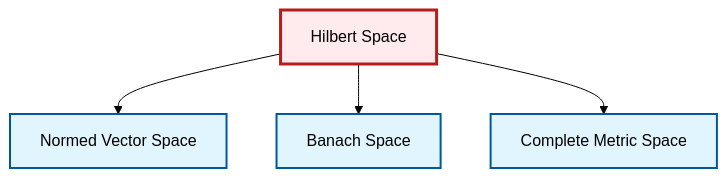
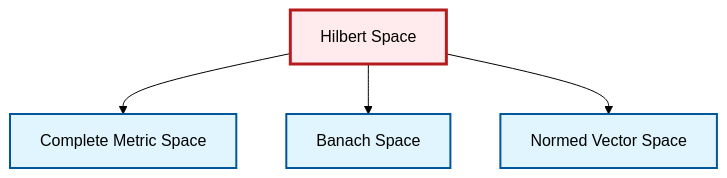
One commit to RK0429/ModernMath changed the diagram in output/mermaid/en/def-hilbert-space.mermaid. Above: the diagram before and after it, drawn with Mermaid (forest theme). The commit also changed other lines of this file and 1717 other files, not shown here.

```diff
--- a/output/mermaid/en/def-hilbert-space.mermaid
+++ b/output/mermaid/en/def-hilbert-space.mermaid
@@ -1,14 +1,14 @@
 graph TD
     classDef definition fill:#e1f5fe,stroke:#01579b,stroke-width:2px
     classDef theorem fill:#f3e5f5,stroke:#4a148c,stroke-width:2px
     classDef axiom fill:#fff3e0,stroke:#e65100,stroke-width:2px
     classDef example fill:#e8f5e9,stroke:#1b5e20,stroke-width:2px
     classDef current fill:#ffebee,stroke:#b71c1c,stroke-width:3px
+    def-normed-vector-space["Normed Vector Space"]:::definition
+    def-complete-metric-space["Complete Metric Space"]:::definition
+    def-hilbert-space["Hilbert Space"]:::definition
     def-banach-space["Banach Space"]:::definition
-    def-complete-metric-space["Complete Metric Space"]:::definition
-    def-normed-vector-space["Normed Vector Space"]:::definition
-    def-hilbert-space["Hilbert Space"]:::definition
+    def-hilbert-space --> def-complete-metric-space
+    def-hilbert-space --> def-banach-space
     def-hilbert-space --> def-normed-vector-space
-    def-hilbert-space --> def-banach-space
-    def-hilbert-space --> def-complete-metric-space
     class def-hilbert-space current
```
